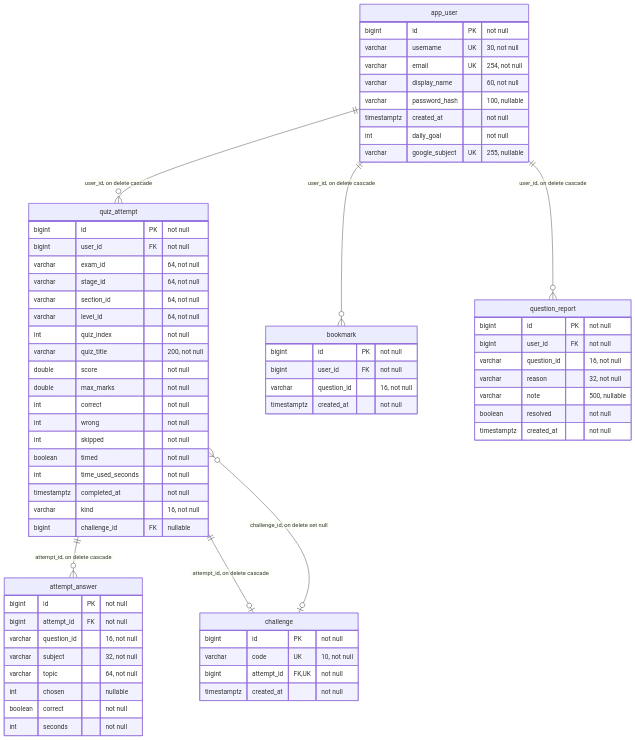
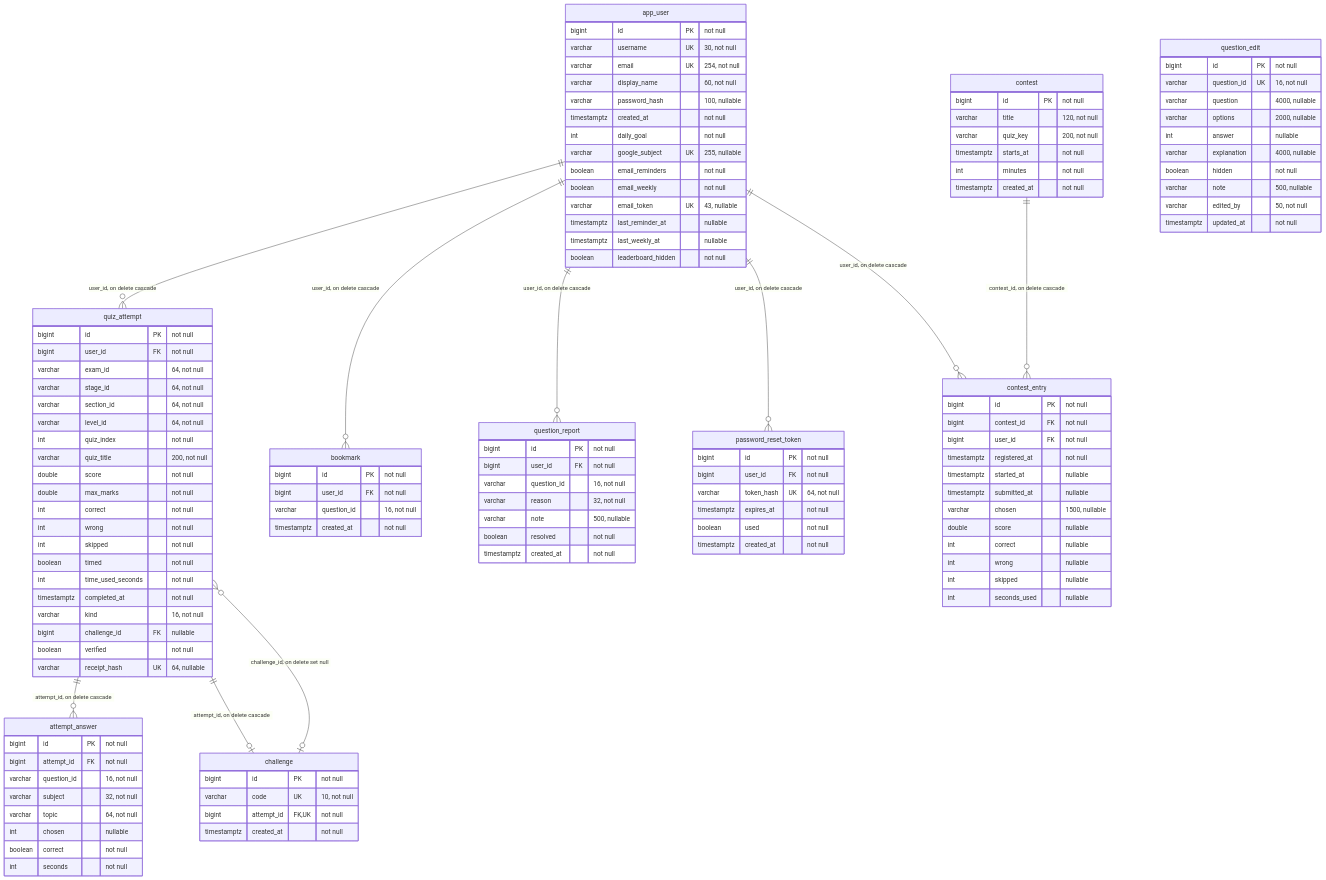
Before and after one commit to vinaynesta/QuizVerse: the second of 2 diagrams in README.md, drawn with Mermaid. The commit also changed other lines of this file and 677 other files, not shown here.

````diff
--- a/README.md
+++ b/README.md
@@ -92,6 +101,9 @@
     app_user ||--o{ bookmark : "user_id, on delete cascade"
     app_user ||--o{ question_report : "user_id, on delete cascade"
     quiz_attempt ||--o| challenge : "attempt_id, on delete cascade"
+    app_user ||--o{ password_reset_token : "user_id, on delete cascade"
+    contest ||--o{ contest_entry : "contest_id, on delete cascade"
+    app_user ||--o{ contest_entry : "user_id, on delete cascade"
     app_user {
         bigint id PK "not null"
         varchar username UK "30, not null"
@@ -101,6 +113,12 @@
         timestamptz created_at "not null"
         int daily_goal "not null"
         varchar google_subject UK "255, nullable"
+        boolean email_reminders "not null"
+        boolean email_weekly "not null"
+        varchar email_token UK "43, nullable"
+        timestamptz last_reminder_at "nullable"
+        timestamptz last_weekly_at "nullable"
+        boolean leaderboard_hidden "not null"
     }
     quiz_attempt {
         bigint id PK "not null"
@@ -121,6 +139,8 @@
         timestamptz completed_at "not null"
         varchar kind "16, not null"
         bigint challenge_id FK "nullable"
+        boolean verified "not null"
+        varchar receipt_hash UK "64, nullable"
     }
     attempt_answer {
         bigint id PK "not null"
@@ -153,4 +173,46 @@
         bigint attempt_id FK,UK "not null"
         timestamptz created_at "not null"
     }
+    password_reset_token {
+        bigint id PK "not null"
+        bigint user_id FK "not null"
+        varchar token_hash UK "64, not null"
+        timestamptz expires_at "not null"
+        boolean used "not null"
+        timestamptz created_at "not null"
+    }
+    contest {
+        bigint id PK "not null"
+        varchar title "120, not null"
+        varchar quiz_key "200, not null"
+        timestamptz starts_at "not null"
+        int minutes "not null"
+        timestamptz created_at "not null"
+    }
+    contest_entry {
+        bigint id PK "not null"
+        bigint contest_id FK "not null"
+        bigint user_id FK "not null"
+        timestamptz registered_at "not null"
+        timestamptz started_at "nullable"
+        timestamptz submitted_at "nullable"
+        varchar chosen "1500, nullable"
+        double score "nullable"
+        int correct "nullable"
+        int wrong "nullable"
+        int skipped "nullable"
+        int seconds_used "nullable"
+    }
+    question_edit {
+        bigint id PK "not null"
+        varchar question_id UK "16, not null"
+        varchar question "4000, nullable"
+        varchar options "2000, nullable"
+        int answer "nullable"
+        varchar explanation "4000, nullable"
+        boolean hidden "not null"
+        varchar note "500, nullable"
+        varchar edited_by "50, not null"
+        timestamptz updated_at "not null"
+    }
 ```
````
